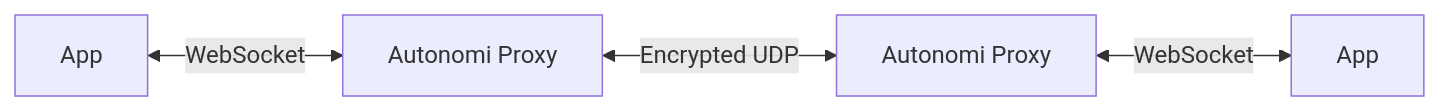
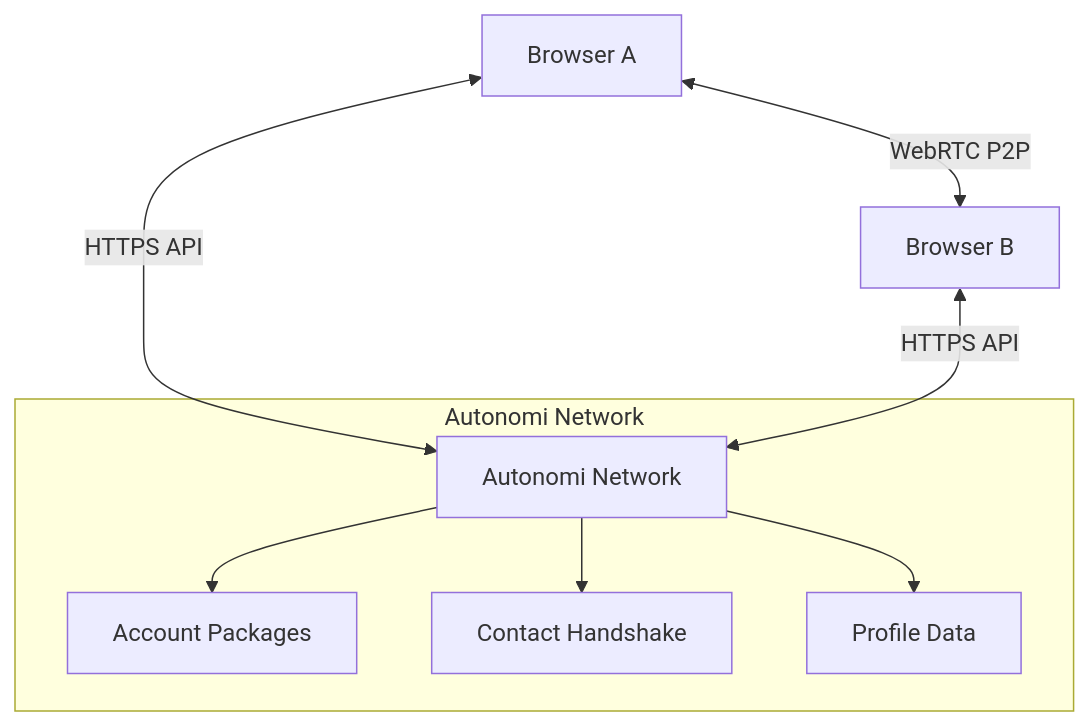
One commit to rid-dim/friends changed the diagram in README.md. Above: the diagram before and after it, drawn with Mermaid. The commit also changed other lines of this file and 1 other file, not shown here.

````diff
--- a/README.md
+++ b/README.md
@@ -16,6 +19,12 @@
 ```mermaid
-graph LR
-    A[App] <--> |WebSocket| B[Autonomi Proxy]
-    B <--> |Encrypted UDP| C[Autonomi Proxy]
-    C <--> |WebSocket| D[App]
+graph TB
+    A[Browser A] <--> |WebRTC P2P| B[Browser B]
+    A <--> |HTTPS API| C[Autonomi Network]
+    B <--> |HTTPS API| C
+    
+    subgraph "Autonomi Network"
+        C --> D[Account Packages]
+        C --> E[Contact Handshake]
+        C --> F[Profile Data]
+    end
 ```
````
